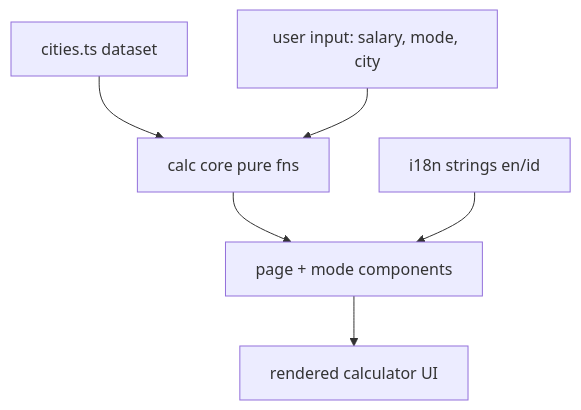
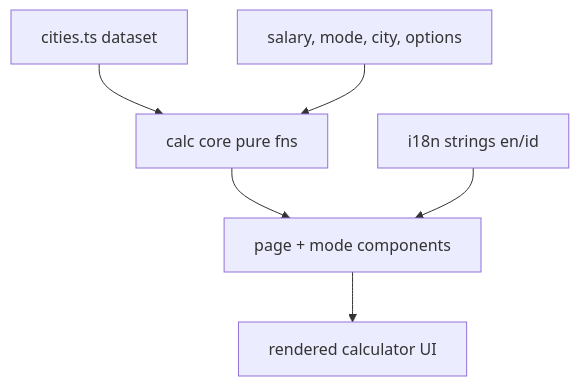
One commit to wahidyankf/baseerah changed the first of 2 diagrams in plans/in-progress/ayokoding-www-salary-savings-calculator/tech-docs.md. Above: the diagram before and after it, drawn with Mermaid. The commit also changed other lines of this file and 4 other files, not shown here.

````diff
--- a/plans/in-progress/ayokoding-www-salary-savings-calculator/tech-docs.md
+++ b/plans/in-progress/ayokoding-www-salary-savings-calculator/tech-docs.md
@@ -14,8 +14,8 @@
 ```mermaid
 flowchart TD
     A[cities.ts dataset] --> B[calc core pure fns]
-    C[user input: salary, mode, city] --> B
+    C[salary, mode, city, options] --> B
     B --> D[page + mode components]
     E[i18n strings en/id] --> D
     D --> F[rendered calculator UI]
 ```
````
